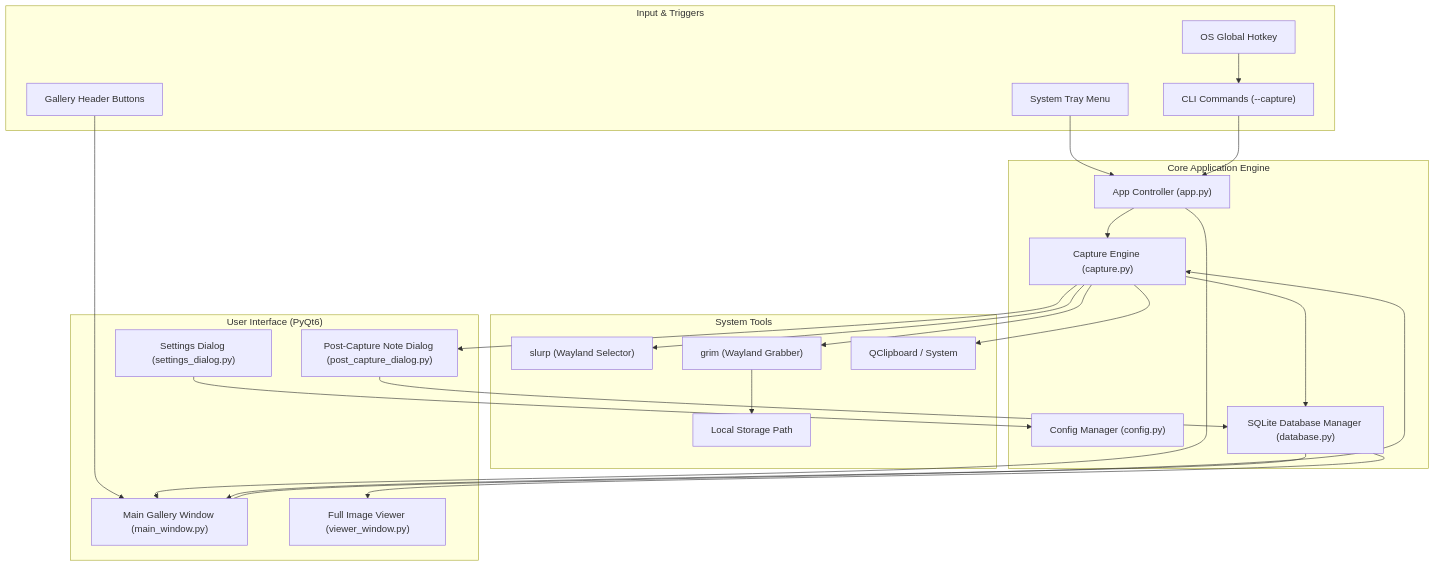
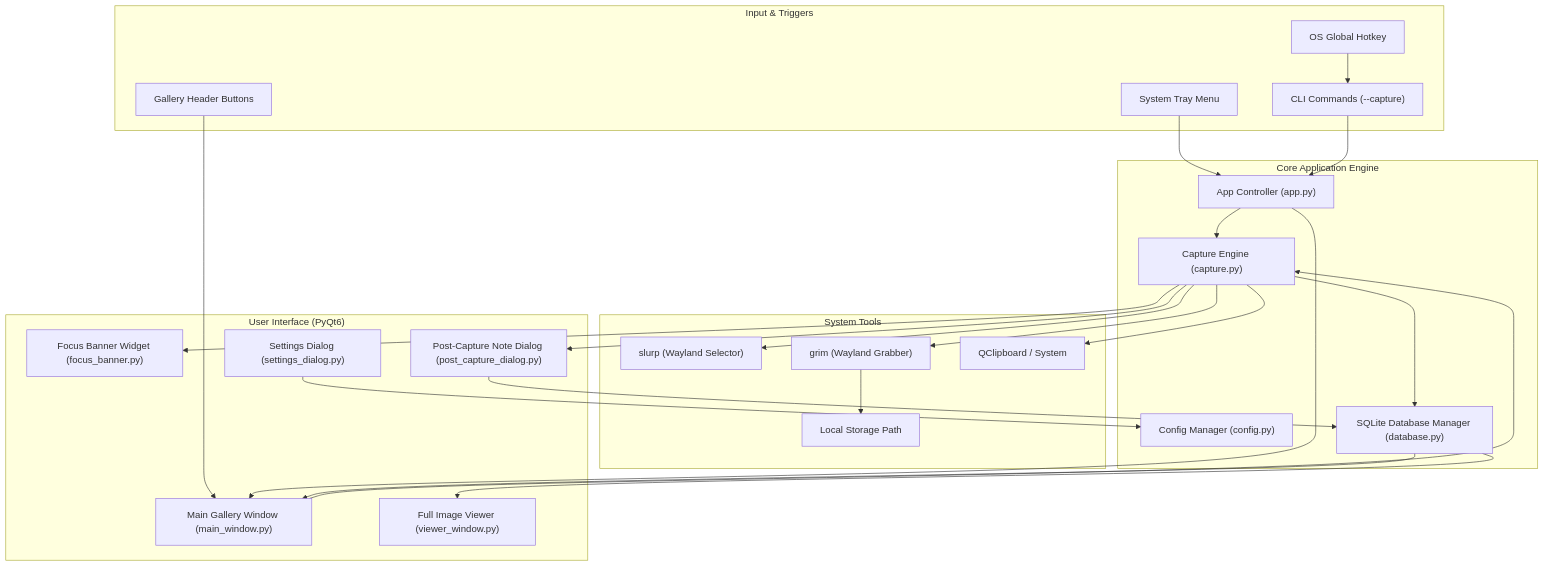
One commit to gWareCoder/snapnotes changed the diagram in README.md. Above: the diagram before and after it, drawn with Mermaid. The commit also changed other lines of this file and 4 other files, not shown here.

Commit message:
Add 'Focus Target App' and 'App Window' capture modes with floating countdown banner

````diff
--- a/README.md
+++ b/README.md
@@ -60,48 +62,50 @@
 ```mermaid
 flowchart TD
     subgraph TriggerLayer ["Input & Triggers"]
         Tray["System Tray Menu"]
         CLI["CLI Commands (--capture)"]
         UI_Btn["Gallery Header Buttons"]
         Hotkey["OS Global Hotkey"]
     end
 
     subgraph CoreEngine ["Core Application Engine"]
         App["App Controller (app.py)"]
         Config["Config Manager (config.py)"]
         Engine["Capture Engine (capture.py)"]
         DB["SQLite Database Manager (database.py)"]
     end
 
     subgraph OS_Tools ["System Tools"]
         Slurp["slurp (Wayland Selector)"]
         Grim["grim (Wayland Grabber)"]
         Clipboard["QClipboard / System"]
         Filesystem["Local Storage Path"]
     end
 
     subgraph UILayer ["User Interface (PyQt6)"]
         MainWin["Main Gallery Window (main_window.py)"]
         ViewerWin["Full Image Viewer (viewer_window.py)"]
+        FocusBanner["Focus Banner Widget (focus_banner.py)"]
         PostCapDlg["Post-Capture Note Dialog (post_capture_dialog.py)"]
         SettingsDlg["Settings Dialog (settings_dialog.py)"]
     end
 
     Tray --> App
     CLI --> App
     Hotkey --> CLI
     UI_Btn --> MainWin --> Engine
 
     App --> Engine
     App --> MainWin
+    Engine --> FocusBanner
     Engine --> Slurp & Grim
     Grim --> Filesystem
     Engine --> DB
     Engine --> Clipboard
     Engine --> PostCapDlg
 
     DB --> MainWin
     DB --> ViewerWin
     PostCapDlg --> DB
     SettingsDlg --> Config
 ```
````
